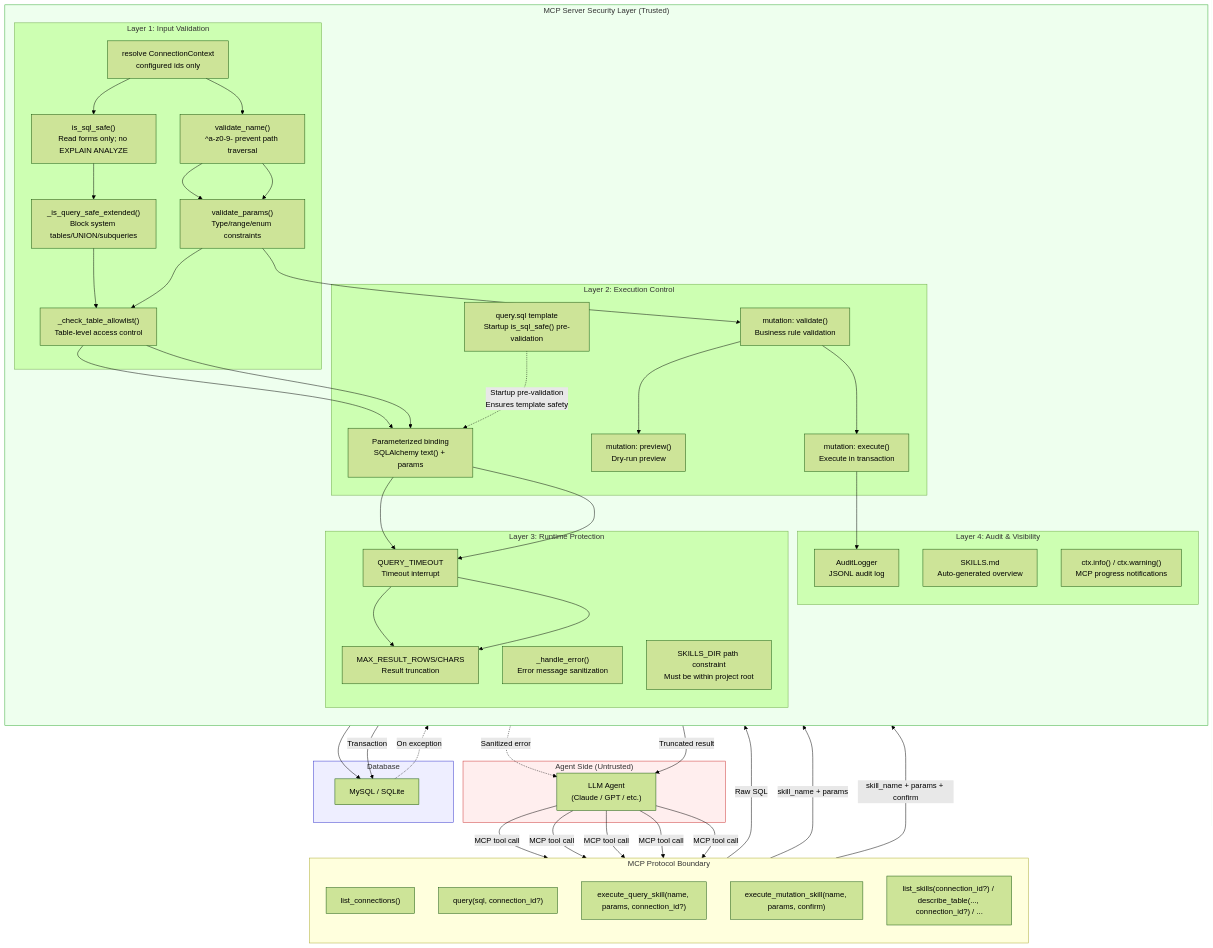
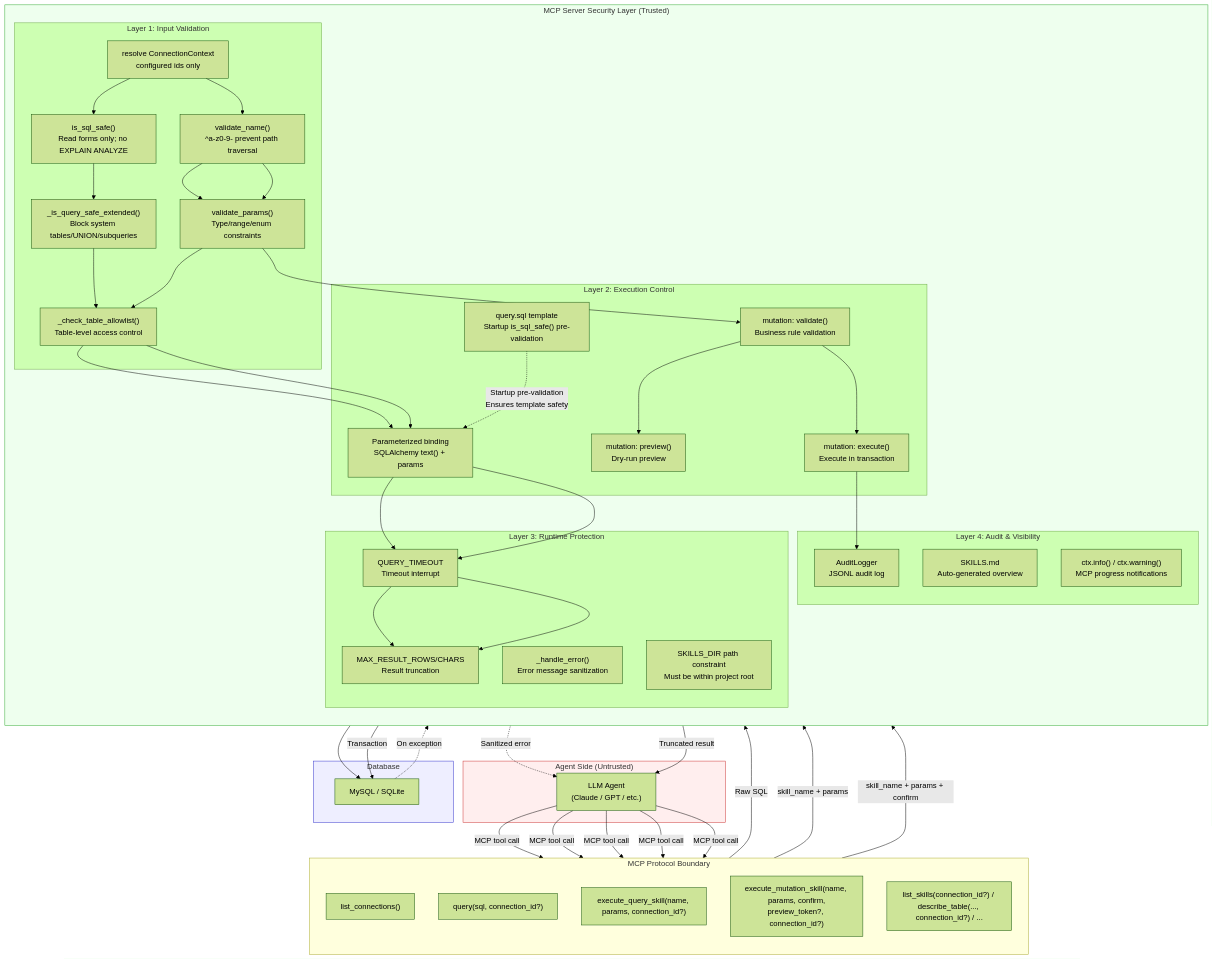
One commit to Firstmeridian/llm-sql-safety-executor-mcp changed the eighth of 10 diagrams in MCP_AGENTS_SKILLS_DESIGN.md. Above: the diagram before and after it, drawn with Mermaid (forest theme). The commit also changed other lines of this file and 23 other files, not shown here.

````diff
--- a/MCP_AGENTS_SKILLS_DESIGN.md
+++ b/MCP_AGENTS_SKILLS_DESIGN.md
@@ -585,72 +585,72 @@
 ```mermaid
 flowchart TB
     subgraph Agent["Agent Side (Untrusted)"]
         A1["LLM Agent<br/>(Claude / GPT / etc.)"]
     end
 
     subgraph MCP["MCP Protocol Boundary"]
         direction TB
       T0["list_connections()"]
       T1["query(sql, connection_id?)"]
       T2["execute_query_skill(name, params, connection_id?)"]
-        T3["execute_mutation_skill(name, params, confirm)"]
+        T3["execute_mutation_skill(name, params, confirm,<br/>preview_token?, connection_id?)"]
       T4["list_skills(connection_id?) / describe_table(..., connection_id?) / ..."]
     end
 
     subgraph Server["MCP Server Security Layer (Trusted)"]
         direction TB
 
         subgraph S1["Layer 1: Input Validation"]
           V0["resolve ConnectionContext<br/>configured ids only"]
             V1["is_sql_safe()<br/>Read forms only; no EXPLAIN ANALYZE"]
             V2["_is_query_safe_extended()<br/>Block system tables/UNION/subqueries"]
             V3["_check_table_allowlist()<br/>Table-level access control"]
             V4["validate_name()<br/>^a-z0-9- prevent path traversal"]
             V5["validate_params()<br/>Type/range/enum constraints"]
         end
 
         subgraph S2["Layer 2: Execution Control"]
             E1["query.sql template<br/>Startup is_sql_safe() pre-validation"]
             E2["Parameterized binding<br/>SQLAlchemy text() + params"]
             E3["mutation: validate()<br/>Business rule validation"]
             E4["mutation: preview()<br/>Dry-run preview"]
             E5["mutation: execute()<br/>Execute in transaction"]
         end
 
         subgraph S3["Layer 3: Runtime Protection"]
             R1["QUERY_TIMEOUT<br/>Timeout interrupt"]
             R2["MAX_RESULT_ROWS/CHARS<br/>Result truncation"]
             R3["_handle_error()<br/>Error message sanitization"]
             R4["SKILLS_DIR path constraint<br/>Must be within project root"]
         end
 
         subgraph S4["Layer 4: Audit & Visibility"]
             AU1["AuditLogger<br/>JSONL audit log"]
             AU2["SKILLS.md<br/>Auto-generated overview"]
             AU3["ctx.info() / ctx.warning()<br/>MCP progress notifications"]
         end
     end
 
     subgraph DB["Database"]
         DB1["MySQL / SQLite"]
     end
 
     A1 -->|"MCP tool call"| T0 & T1 & T2 & T3 & T4
 
     T1 -->|"Raw SQL"| V0 --> V1 --> V2 --> V3 --> E2 --> R1 --> R2
     T2 -->|"skill_name + params"| V0 --> V4 --> V5 --> V3 --> E2 --> R1 --> R2
     E1 -.->|"Startup pre-validation<br/>Ensures template safety"| E2
     T3 -->|"skill_name + params + confirm"| V4 --> V5 --> E3 --> E4 & E5
 
     E2 --> DB1
     E5 -->|"Transaction"| DB1
     E5 --> AU1
 
     DB1 -.->|"On exception"| R3 -.->|"Sanitized error"| A1
     R2 -->|"Truncated result"| A1
 
     style Agent fill:#fee,stroke:#c33
     style Server fill:#efe,stroke:#3a3
     style DB fill:#eef,stroke:#33c
     style MCP fill:#ffd,stroke:#aa3
 ```
````
